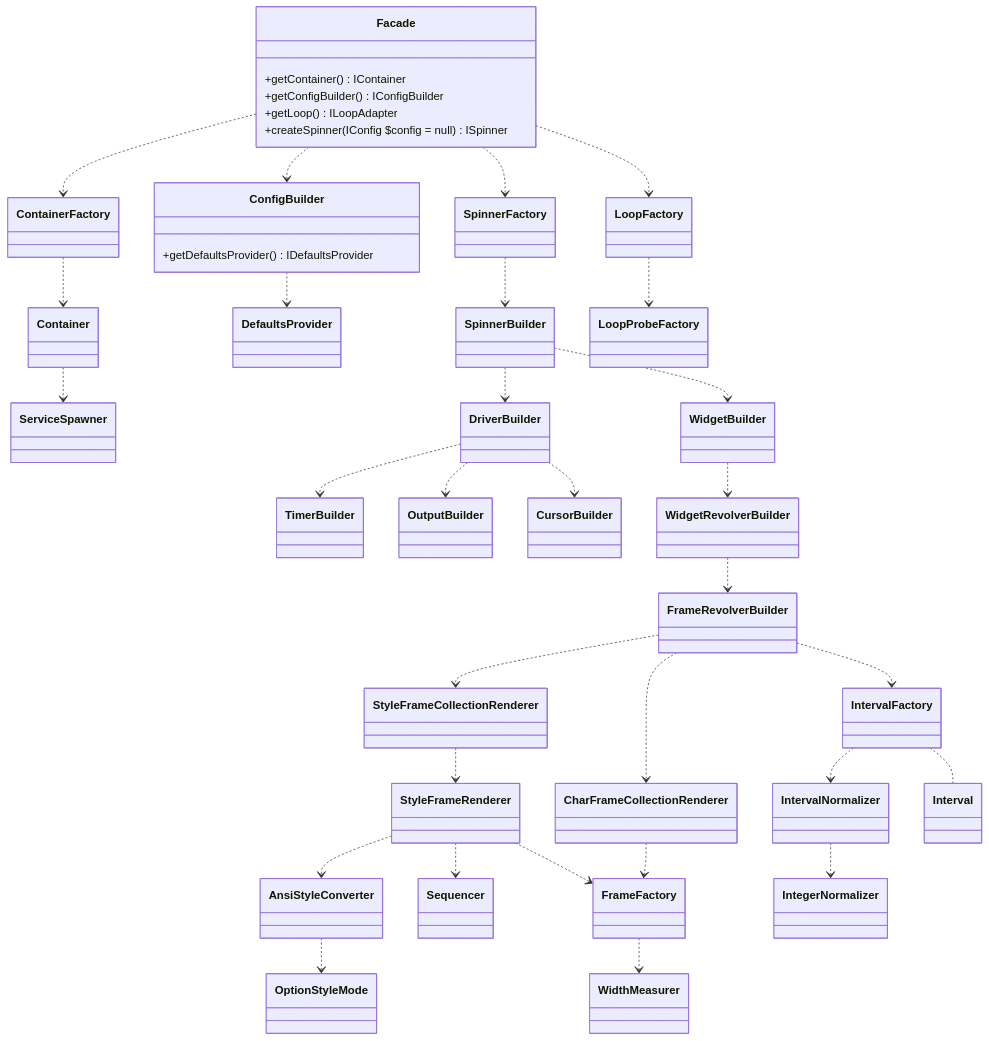
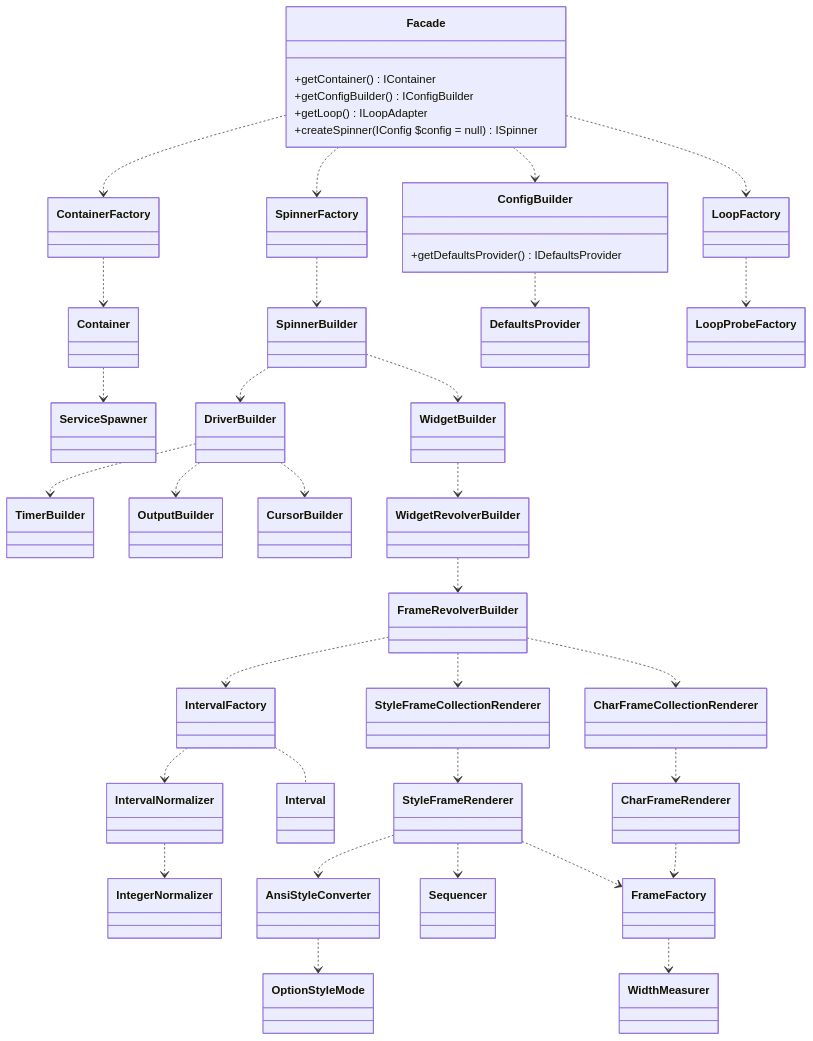
Before and after one commit to alecrabbit/php-console-spinner: the diagram in doc/info/hierarchy/services.md, drawn with Mermaid. The commit also changed 24 other files, not shown here.

````diff
--- a/doc/info/hierarchy/services.md
+++ b/doc/info/hierarchy/services.md
@@ -3,64 +3,66 @@
 ```mermaid
 classDiagram
     direction TB
     Facade ..> ContainerFactory
     Facade ..> ConfigBuilder
     Facade ..> SpinnerFactory
     Facade ..> LoopFactory
 
     class Facade {
         +getContainer() IContainer
         +getConfigBuilder() IConfigBuilder
         +getLoop() ILoopAdapter
         +createSpinner(IConfig $config = null) ISpinner
     }
     
     ContainerFactory ..> Container
 
     Container ..> ServiceSpawner
 
 
     SpinnerFactory ..> SpinnerBuilder
 
     ConfigBuilder ..> DefaultsProvider
     
     class ConfigBuilder {
         +getDefaultsProvider() IDefaultsProvider
     }
     
     LoopFactory ..> LoopProbeFactory
 
     SpinnerBuilder ..> DriverBuilder
     SpinnerBuilder ..> WidgetBuilder
 
     DriverBuilder ..> TimerBuilder
     DriverBuilder ..> OutputBuilder
     DriverBuilder ..> CursorBuilder
 
     WidgetBuilder ..> WidgetRevolverBuilder
 
     WidgetRevolverBuilder ..> FrameRevolverBuilder
 
     FrameRevolverBuilder ..> StyleFrameCollectionRenderer
     FrameRevolverBuilder ..> CharFrameCollectionRenderer
     FrameRevolverBuilder ..> IntervalFactory
 
     IntervalFactory ..> IntervalNormalizer
     IntervalFactory .. Interval
 
     IntervalNormalizer ..> IntegerNormalizer
 
     StyleFrameCollectionRenderer ..> StyleFrameRenderer
 
-    CharFrameCollectionRenderer ..> FrameFactory
+    CharFrameCollectionRenderer ..> CharFrameRenderer
 
     StyleFrameRenderer ..> AnsiStyleConverter
     StyleFrameRenderer ..> Sequencer
     StyleFrameRenderer ..> FrameFactory
+    
+    CharFrameRenderer ..> FrameFactory
 
     AnsiStyleConverter ..> OptionStyleMode
 
     FrameFactory ..> WidthMeasurer
 
 
 ```
````
